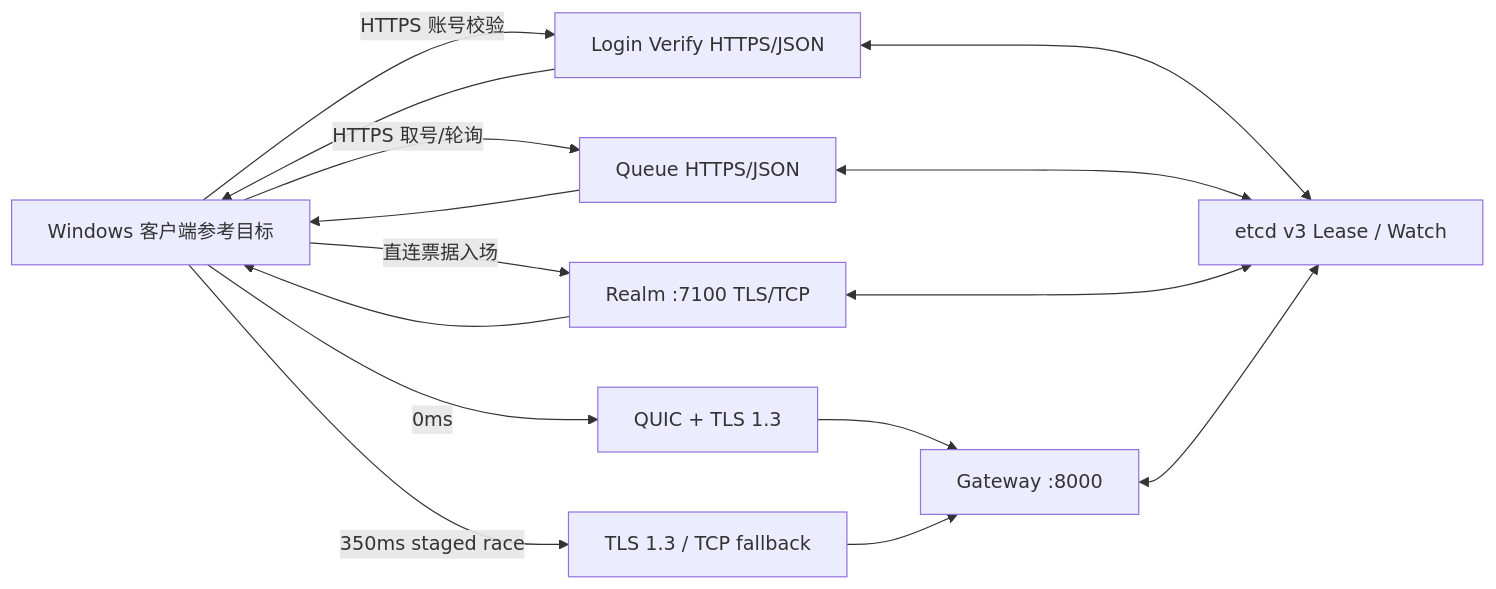
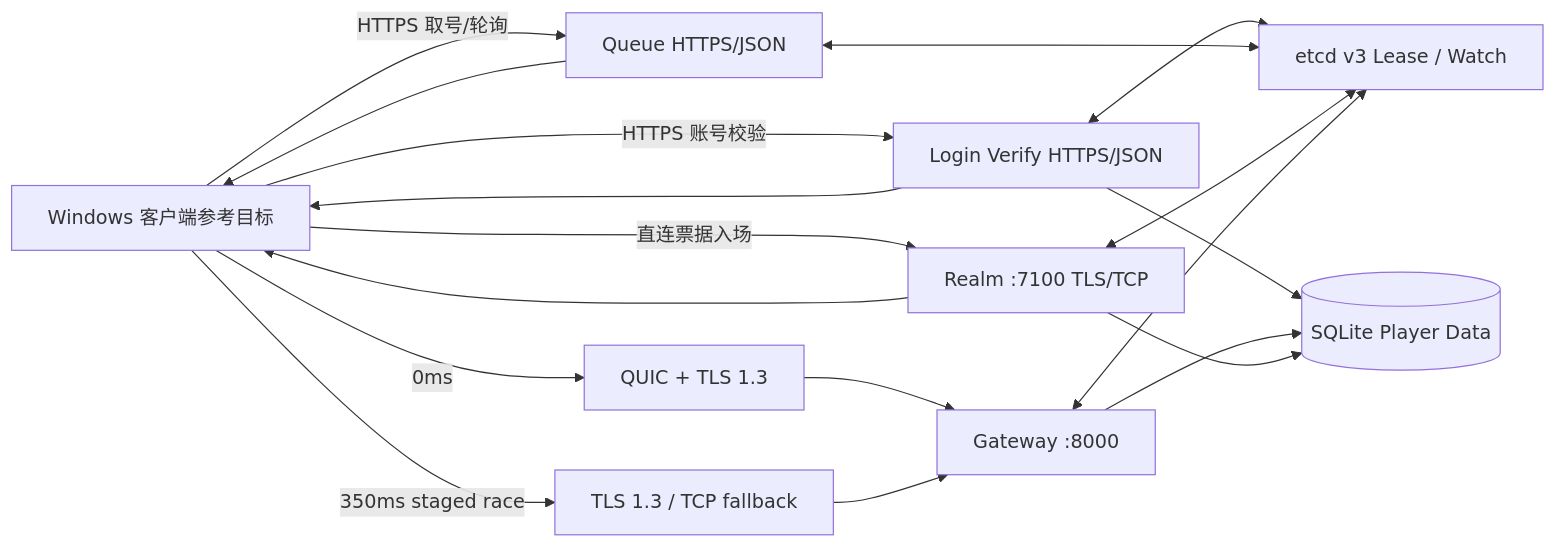
The first of 5 diagrams in docs/architecture.md (lvivvde/RealmMesh), drawn with Mermaid before and after one commit. The commit also changed other lines of this file and 41 other files, not shown here.

First line of the commit message:
feat(player-data): wire SQLite player data through the login chain (#92)

````diff
--- a/docs/architecture.md
+++ b/docs/architecture.md
@@ -5,21 +5,25 @@
 ```mermaid
 flowchart LR
     Client[Windows 客户端参考目标]
     LoginVerify[Login Verify HTTPS/JSON]
     Queue[Queue HTTPS/JSON]
     Realm[Realm :7100 TLS/TCP]
     Gateway[Gateway :8000]
     Quic[QUIC + TLS 1.3]
     TlsTcp[TLS 1.3 / TCP fallback]
     Etcd[etcd v3 Lease / Watch]
+    PlayerData[(SQLite Player Data)]
 
     Client -->|HTTPS 账号校验| LoginVerify --> Client
     Client -->|HTTPS 取号/轮询| Queue --> Client
     Client -->|0ms| Quic --> Gateway
     Client -->|350ms staged race| TlsTcp --> Gateway
     Client -->|直连票据入场| Realm --> Client
     LoginVerify <--> Etcd
     Queue <--> Etcd
     Realm <--> Etcd
     Gateway <--> Etcd
+    LoginVerify --> PlayerData
+    Gateway --> PlayerData
+    Realm --> PlayerData
 ```
````
